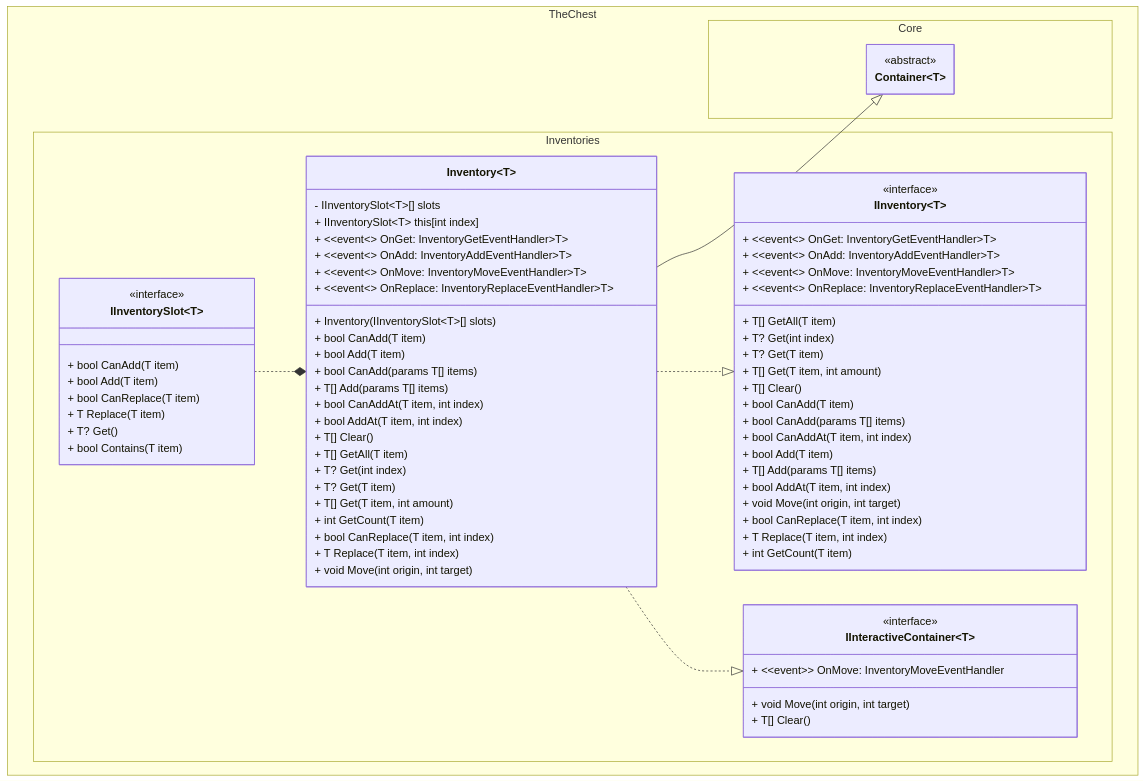
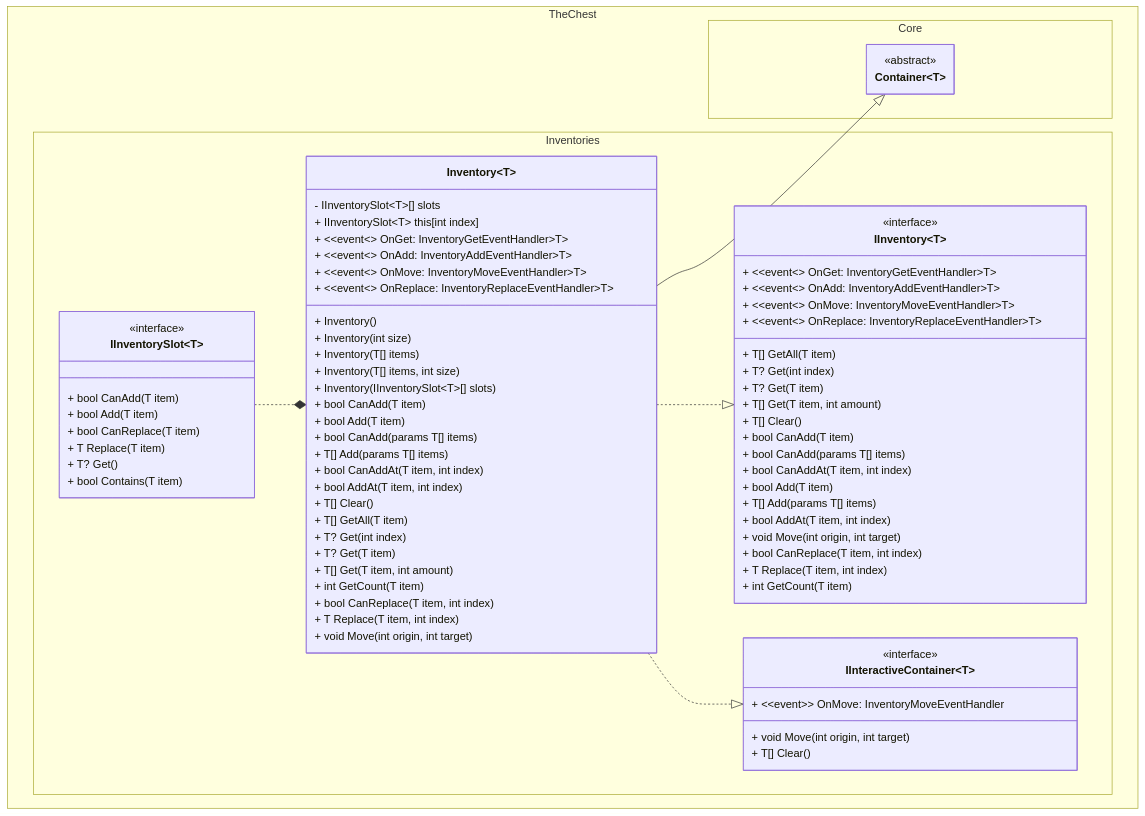
Before and after one commit to The-Chest/TheChest.Inventories: the first of 2 diagrams in docs/inventory/class_diagram.md, drawn with Mermaid. The commit also changed 9 other files, not shown here.

```diff
--- a/docs/inventory/class_diagram.md
+++ b/docs/inventory/class_diagram.md
@@ -63,6 +63,10 @@
 	        + ~~event~~ OnMove: InventoryMoveEventHandler~T~ 
 	        + ~~event~~ OnReplace: InventoryReplaceEventHandler~T~ 
 	        
+			+ Inventory()
+			+ Inventory(int size)
+			+ Inventory(T[] items)
+			+ Inventory(T[] items, int size)
 			+ Inventory(IInventorySlot~T~[] slots)
 
 	        + bool CanAdd(T item)
```
